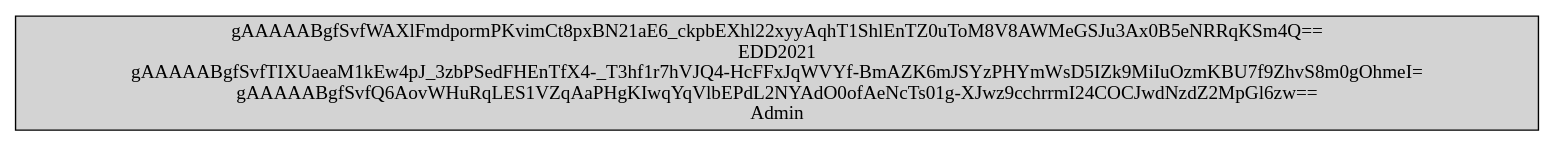
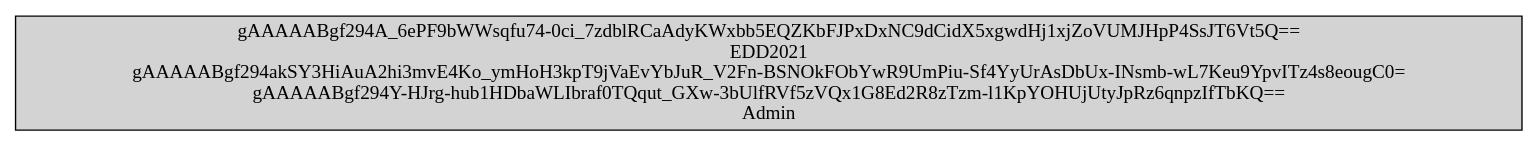
One commit to Villa01/EDD_VirtualMall_201900907 changed the diagram in Backend/reportesDot/ArbolBEncriptadoSensible.dot. Above: the diagram before and after it, drawn with Graphviz. The commit also changed 15 other files, not shown here.

```diff
--- a/Backend/reportesDot/ArbolBEncriptadoSensible.dot
+++ b/Backend/reportesDot/ArbolBEncriptadoSensible.dot
@@ -1,5 +1,5 @@
 digraph grafo { 
 	node[shape="record" style="filled" fillcollor="#58D27A"]
-nodo12345678901011[label = "gAAAAABgfSvfWAXlFmdpormPKvimCt8pxBN21aE6_ckpbEXhl22xyyAqhT1ShlEnTZ0uToM8V8AWMeGSJu3Ax0B5eNRRqKSm4Q==\nEDD2021\ngAAAAABgfSvfTIXUaeaM1kEw4pJ_3zbPSedFHEnTfX4-_T3hf1r7hVJQ4-HcFFxJqWVYf-BmAZK6mJSYzPHYmWsD5IZk9MiIuOzmKBU7f9ZhvS8m0gOhmeI=\ngAAAAABgfSvfQ6AovWHuRqLES1VZqAaPHgKIwqYqVlbEPdL2NYAdO0ofAeNcTs01g-XJwz9cchrrmI24COCJwdNzdZ2MpGl6zw==\nAdmin"];
+nodo12345678901011[label = "gAAAAABgf294A_6ePF9bWWsqfu74-0ci_7zdblRCaAdyKWxbb5EQZKbFJPxDxNC9dCidX5xgwdHj1xjZoVUMJHpP4SsJT6Vt5Q==\nEDD2021\ngAAAAABgf294akSY3HiAuA2hi3mvE4Ko_ymHoH3kpT9jVaEvYbJuR_V2Fn-BSNOkFObYwR9UmPiu-Sf4YyUrAsDbUx-INsmb-wL7Keu9YpvITz4s8eougC0=\ngAAAAABgf294Y-HJrg-hub1HDbaWLIbraf0TQqut_GXw-3bUlfRVf5zVQx1G8Ed2R8zTzm-l1KpYOHUjUtyJpRz6qnpzIfTbKQ==\nAdmin"];
 
 }
```
